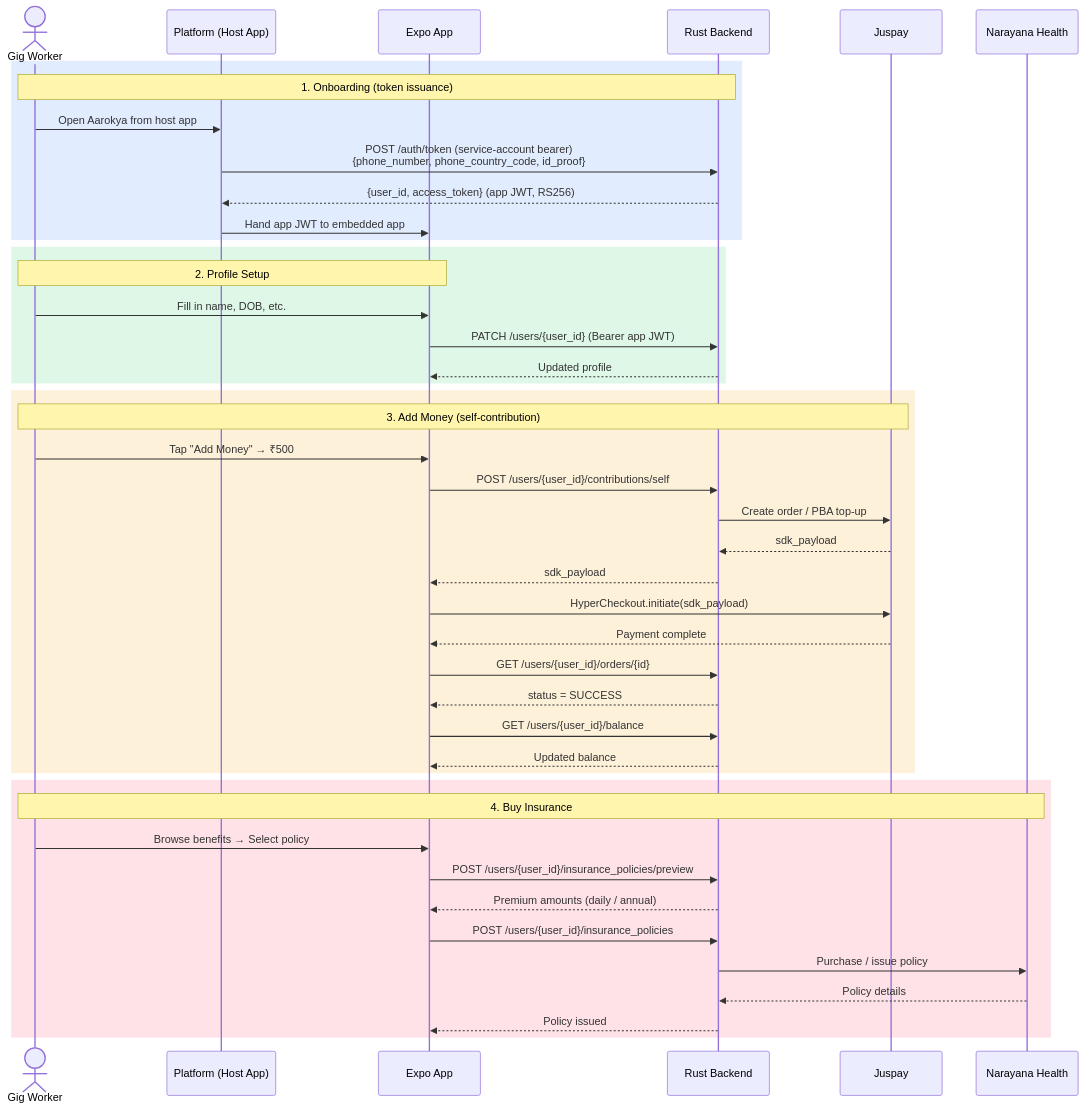
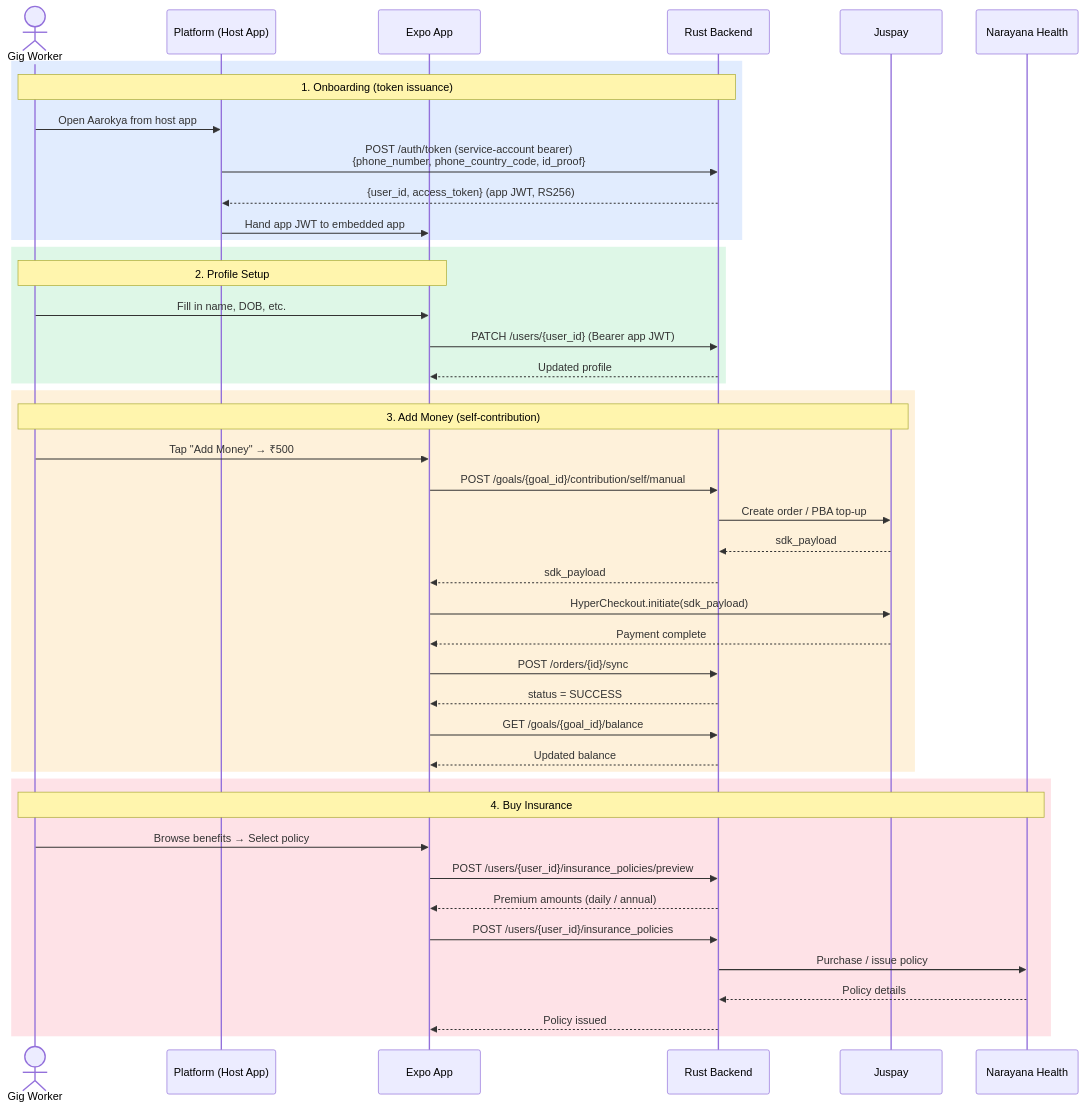
Before and after one commit to anu19981/aarokya-backend: the second of 4 diagrams in api-reference/architecture/system-overview.mdx, drawn with Mermaid. The commit also changed other lines of this file and 90 other files, not shown here.

Commit message:
sync: update api-reference from aarokya-agentic-app

````diff
--- a/api-reference/architecture/system-overview.mdx
+++ b/api-reference/architecture/system-overview.mdx
@@ -103,50 +110,50 @@
 ```mermaid
 sequenceDiagram
     actor U as Gig Worker
     participant Plat as Platform (Host App)
     participant App as Expo App
     participant API as Rust Backend
     participant JP as Juspay
     participant NH as Narayana Health
 
     rect rgba(59, 130, 246, 0.15)
         Note over U,API: 1. Onboarding (token issuance)
         U->>Plat: Open Aarokya from host app
         Plat->>API: POST /auth/token (service-account bearer)<br/>{phone_number, phone_country_code, id_proof}
         API-->>Plat: {user_id, access_token} (app JWT, RS256)
         Plat->>App: Hand app JWT to embedded app
     end
 
     rect rgba(34, 197, 94, 0.15)
         Note over U,App: 2. Profile Setup
         U->>App: Fill in name, DOB, etc.
         App->>API: PATCH /users/{user_id} (Bearer app JWT)
         API-->>App: Updated profile
     end
 
     rect rgba(245, 158, 11, 0.15)
         Note over U,JP: 3. Add Money (self-contribution)
         U->>App: Tap "Add Money" → ₹500
-        App->>API: POST /users/{user_id}/contributions/self
+        App->>API: POST /goals/{goal_id}/contribution/self/manual
         API->>JP: Create order / PBA top-up
         JP-->>API: sdk_payload
         API-->>App: sdk_payload
         App->>JP: HyperCheckout.initiate(sdk_payload)
         JP-->>App: Payment complete
-        App->>API: GET /users/{user_id}/orders/{id}
+        App->>API: POST /orders/{id}/sync
         API-->>App: status = SUCCESS
-        App->>API: GET /users/{user_id}/balance
+        App->>API: GET /goals/{goal_id}/balance
         API-->>App: Updated balance
     end
 
     rect rgba(244, 63, 94, 0.15)
         Note over U,NH: 4. Buy Insurance
         U->>App: Browse benefits → Select policy
         App->>API: POST /users/{user_id}/insurance_policies/preview
         API-->>App: Premium amounts (daily / annual)
         App->>API: POST /users/{user_id}/insurance_policies
         API->>NH: Purchase / issue policy
         NH-->>API: Policy details
         API-->>App: Policy issued
     end
 ```
````
